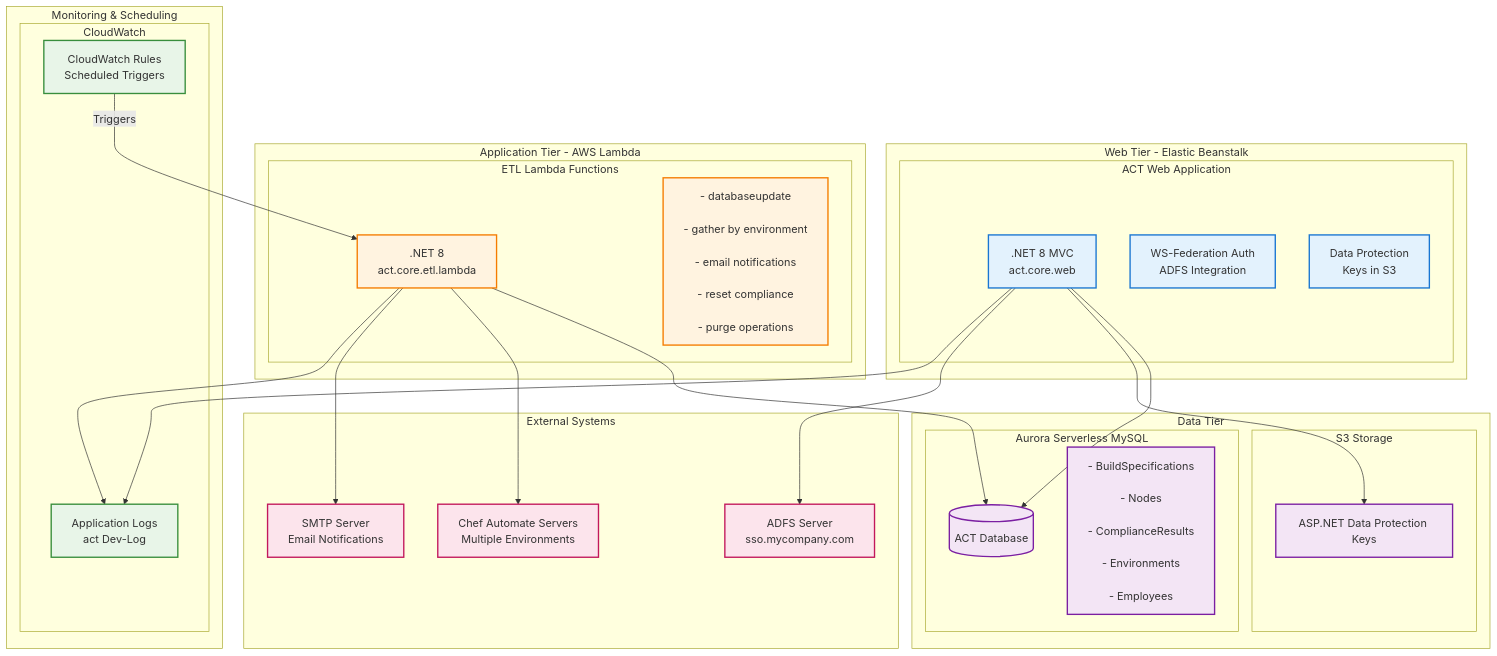
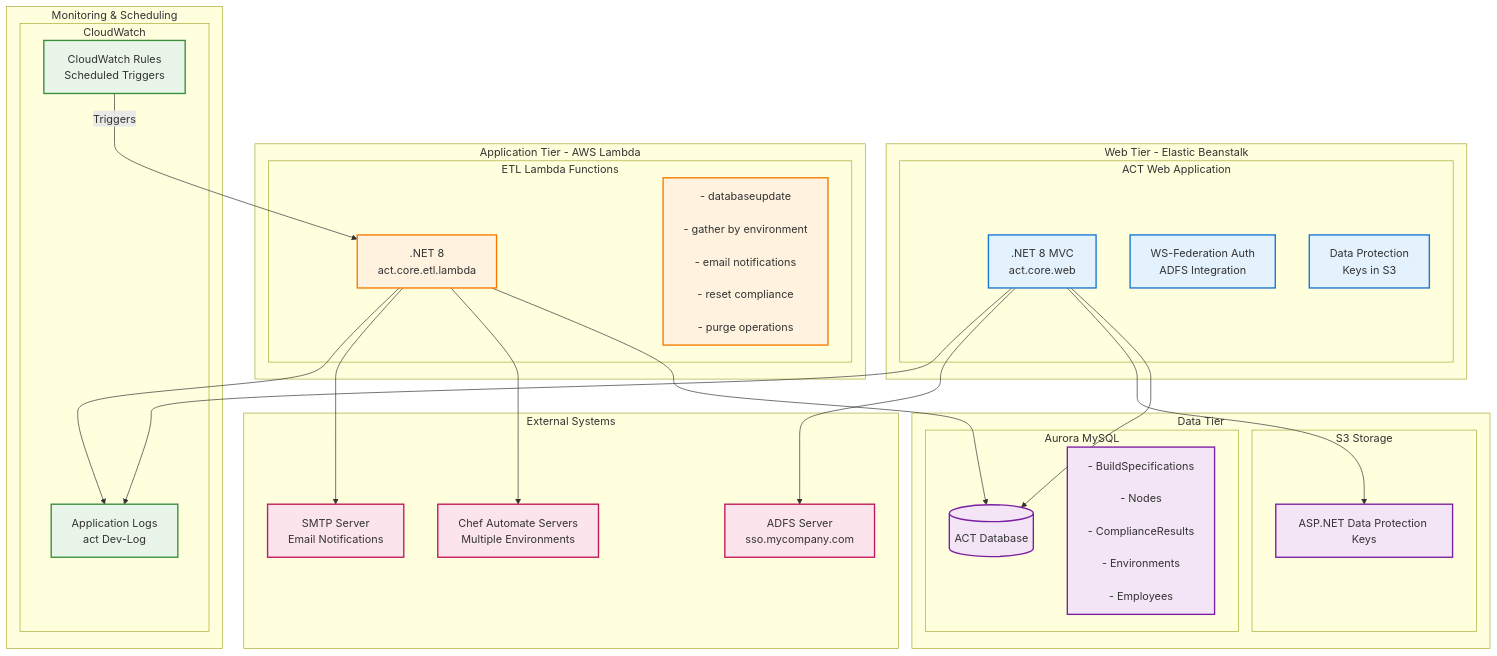
Before and after one commit to csg-i/assetcompliancetracker: the second of 5 diagrams in AWS_Architecture_Diagram.md, drawn with Mermaid. The commit also changed other lines of this file and 1 other file, not shown here.

First line of the commit message:
Fix: Correct database references from Aurora Serverless to Aurora MySQL

````diff
--- a/AWS_Architecture_Diagram.md
+++ b/AWS_Architecture_Diagram.md
@@ -65,79 +65,79 @@
 ```mermaid
 graph TB
     subgraph "Web Tier - Elastic Beanstalk"
         subgraph "ACT Web Application"
             MVC[.NET 8 MVC<br/>act.core.web]
             Auth[WS-Federation Auth<br/>ADFS Integration]
             DataProt[Data Protection<br/>Keys in S3]
         end
     end
 
     subgraph "Application Tier - AWS Lambda"
         subgraph "ETL Lambda Functions"
             LambdaCore[.NET 8<br/>act.core.etl.lambda]
             Functions[
                 - databaseupdate<br/>
                 - gather by environment<br/>
                 - email notifications<br/>
                 - reset compliance<br/>
                 - purge operations
             ]
         end
     end
 
     subgraph "Data Tier"
-        subgraph "Aurora Serverless MySQL"
+        subgraph "Aurora MySQL"
             DB[(ACT Database)]
             Tables[
                 - BuildSpecifications<br/>
                 - Nodes<br/>
                 - ComplianceResults<br/>
                 - Environments<br/>
                 - Employees
             ]
         end
         
         subgraph "S3 Storage"
             Keys[ASP.NET Data Protection Keys]
         end
     end
 
     subgraph "Monitoring & Scheduling"
         subgraph "CloudWatch"
             Rules[CloudWatch Rules<br/>Scheduled Triggers]
             Logs[Application Logs<br/>act Dev-Log]
         end
     end
 
     subgraph "External Systems"
         ChefAuto[Chef Automate Servers<br/>Multiple Environments]
         ADFS_Ext[ADFS Server<br/>sso.mycompany.com]
         SMTP[SMTP Server<br/>Email Notifications]
     end
 
     %% Connections
     MVC --> DB
     MVC --> Keys
     MVC --> ADFS_Ext
     
     LambdaCore --> DB
     LambdaCore --> ChefAuto
     LambdaCore --> SMTP
     
     Rules -->|Triggers| LambdaCore
     MVC --> Logs
     LambdaCore --> Logs
 
     %% Styling
     classDef web fill:#e3f2fd,stroke:#1976d2,stroke-width:2px
     classDef lambda fill:#fff3e0,stroke:#f57c00,stroke-width:2px
     classDef data fill:#f3e5f5,stroke:#7b1fa2,stroke-width:2px
     classDef monitoring fill:#e8f5e8,stroke:#388e3c,stroke-width:2px
     classDef external fill:#fce4ec,stroke:#c2185b,stroke-width:2px
     
     class MVC,Auth,DataProt web
     class LambdaCore,Functions lambda
     class DB,Tables,Keys data
     class Rules,Logs monitoring
     class ChefAuto,ADFS_Ext,SMTP external
 ```
````
